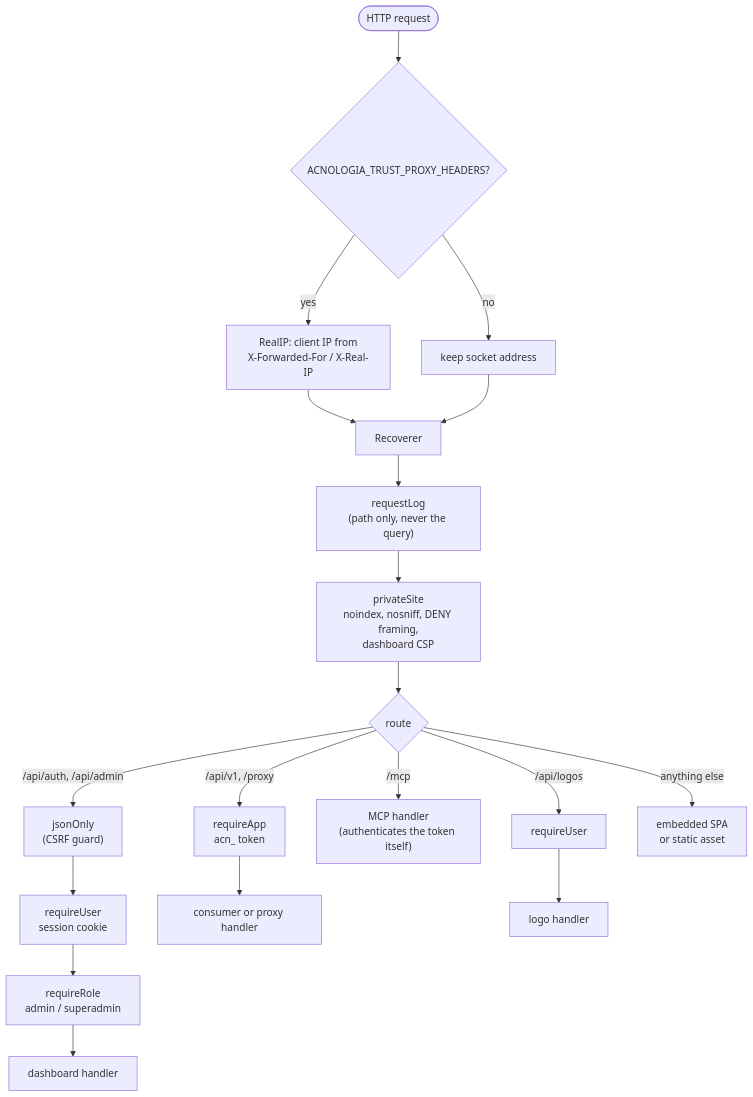
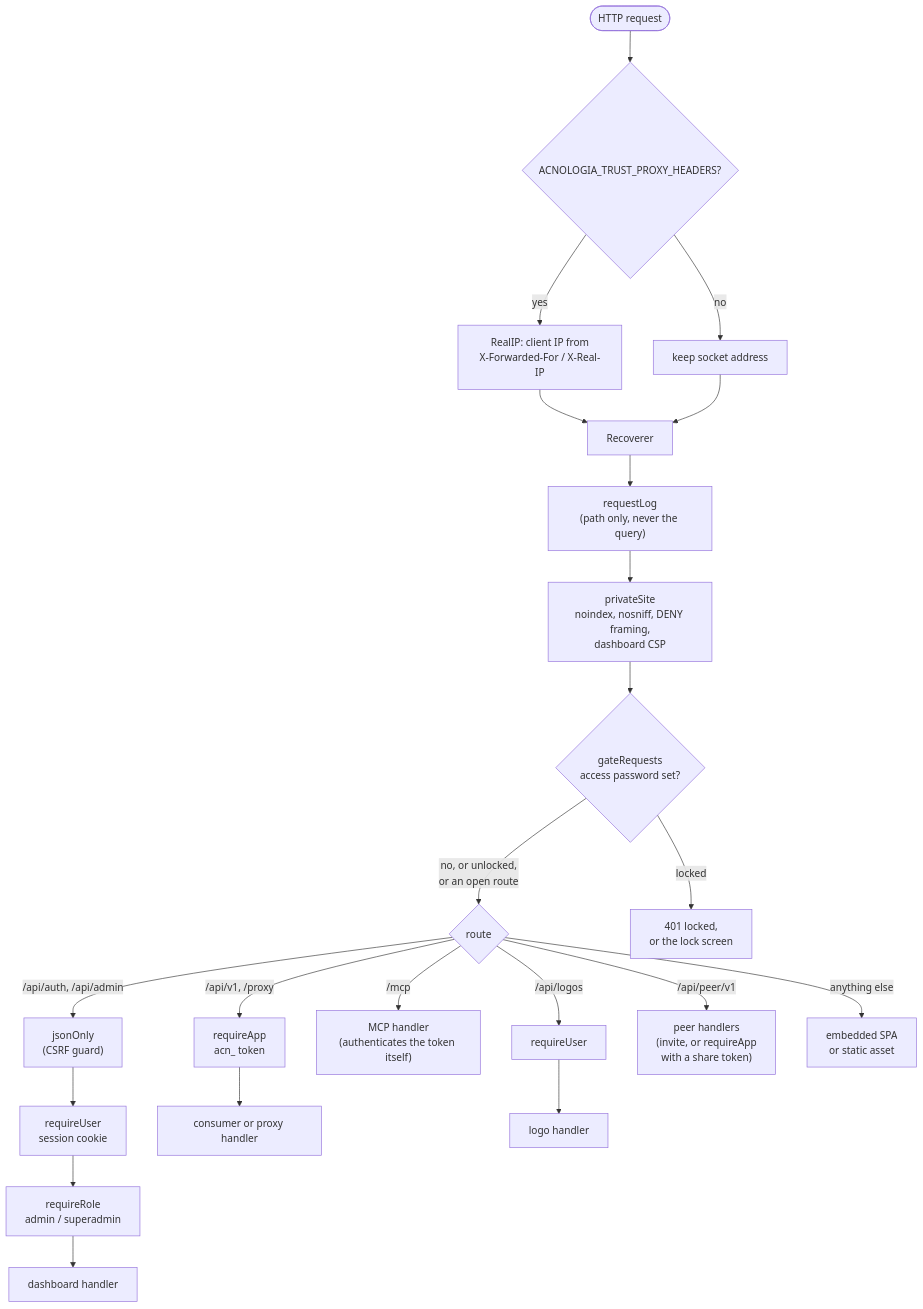
One commit to sidharthpunathil/acnologia changed the second of 6 diagrams in docs/architecture.md. Above: the diagram before and after it, drawn with Mermaid. The commit also changed other lines of this file and 1 other file, not shown here.

First line of the commit message:
Bring the architecture doc up to date with sharing and the refresh

````diff
--- a/docs/architecture.md
+++ b/docs/architecture.md
@@ -87,20 +103,23 @@
 ```mermaid
 flowchart TD
     Req([HTTP request]) --> RealIP{"ACNOLOGIA_TRUST_PROXY_HEADERS?"}
     RealIP -->|yes| SetIP["RealIP: client IP from<br/>X-Forwarded-For / X-Real-IP"]
     RealIP -->|no| Keep["keep socket address"]
     SetIP --> Rec[Recoverer]
     Keep --> Rec
     Rec --> Log["requestLog<br/>(path only, never the query)"]
     Log --> Priv["privateSite<br/>noindex, nosniff, DENY framing,<br/>dashboard CSP"]
-    Priv --> Route{route}
+    Priv --> GateMW{"gateRequests<br/>access password set?"}
+    GateMW -->|"no, or unlocked,<br/>or an open route"| Route{route}
+    GateMW -->|locked| Locked["401 locked,<br/>or the lock screen"]
     Route -->|/api/auth, /api/admin| JSON["jsonOnly<br/>(CSRF guard)"]
     JSON --> User["requireUser<br/>session cookie"]
     User --> Role["requireRole<br/>admin / superadmin"]
     Role --> H1[dashboard handler]
     Route -->|/api/v1, /proxy| App["requireApp<br/>acn_ token"]
     App --> H2[consumer or proxy handler]
     Route -->|/mcp| H3["MCP handler<br/>(authenticates the token itself)"]
     Route -->|/api/logos| User2[requireUser] --> H4[logo handler]
+    Route -->|"/api/peer/v1"| H5["peer handlers<br/>(invite, or requireApp<br/>with a share token)"]
     Route -->|anything else| SPA["embedded SPA<br/>or static asset"]
 ```
````
